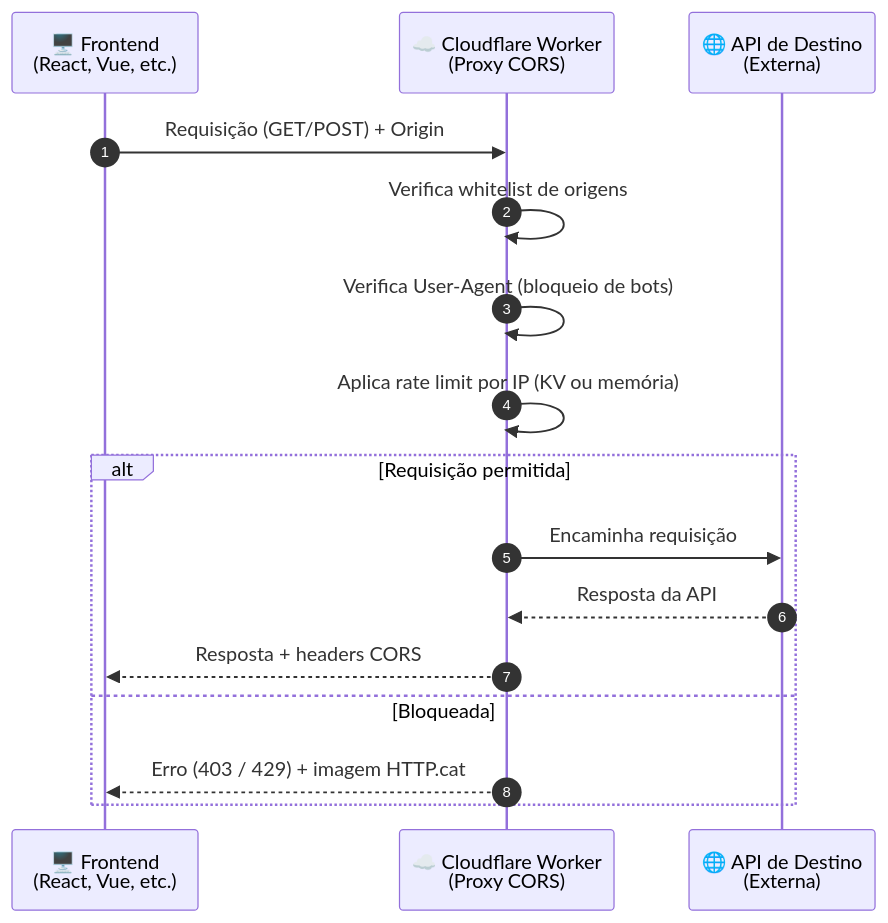
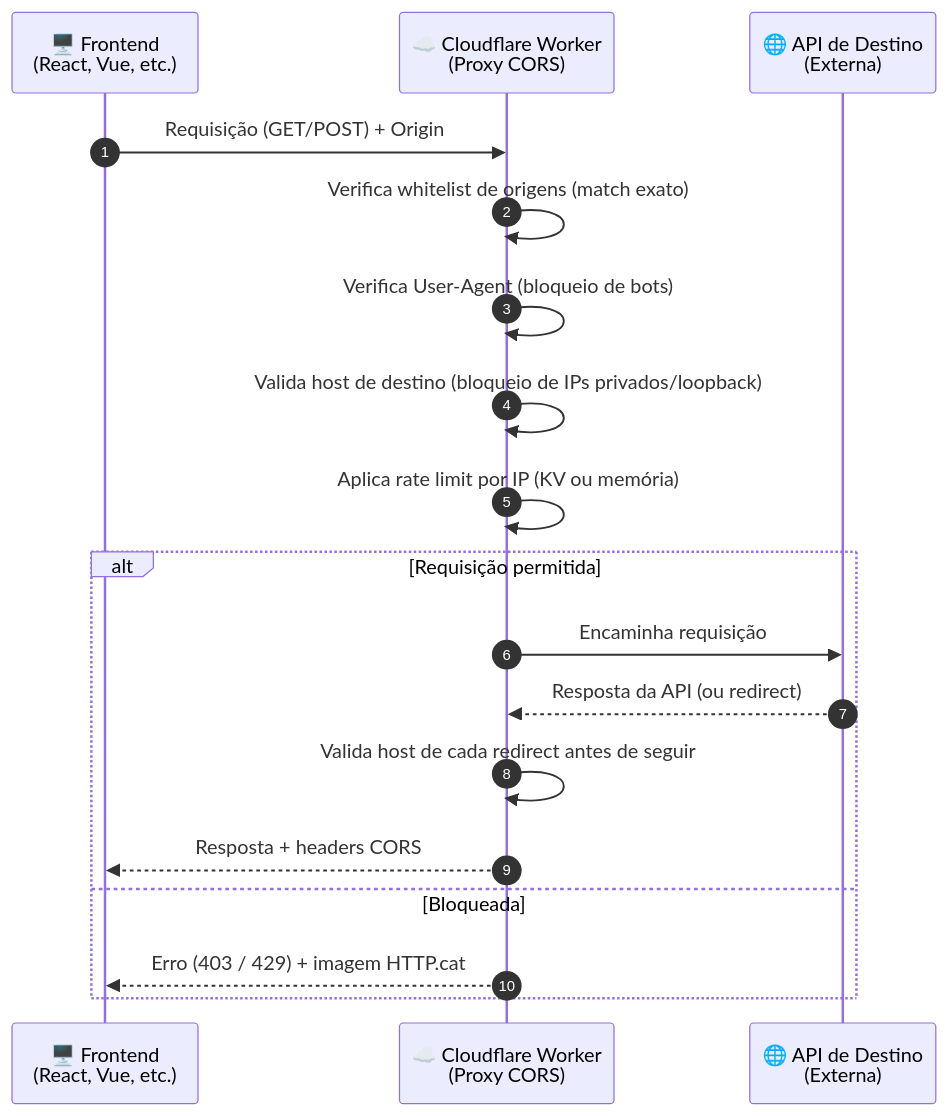
One commit to ravenastar-js/cors changed the diagram in README.md. Above: the diagram before and after it, drawn with Mermaid. The commit also changed other lines of this file, not shown here.

````diff
--- a/README.md
+++ b/README.md
@@ -114,20 +115,22 @@
 ```mermaid
 sequenceDiagram
     autonumber
     participant F as 🖥️ Frontend<br/>(React, Vue, etc.)
     participant W as ☁️ Cloudflare Worker<br/>(Proxy CORS)
     participant A as 🌐 API de Destino<br/>(Externa)
 
     F->>W: Requisição (GET/POST) + Origin
-    W->>W: Verifica whitelist de origens
+    W->>W: Verifica whitelist de origens (match exato)
     W->>W: Verifica User-Agent (bloqueio de bots)
+    W->>W: Valida host de destino (bloqueio de IPs privados/loopback)
     W->>W: Aplica rate limit por IP (KV ou memória)
 
     alt Requisição permitida
         W->>A: Encaminha requisição
-        A-->>W: Resposta da API
+        A-->>W: Resposta da API (ou redirect)
+        W->>W: Valida host de cada redirect antes de seguir
         W-->>F: Resposta + headers CORS
     else Bloqueada
         W-->>F: Erro (403 / 429) + imagem HTTP.cat
     end
 ```
````
